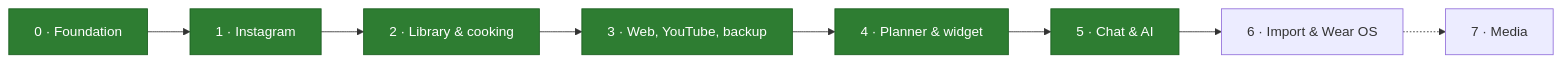
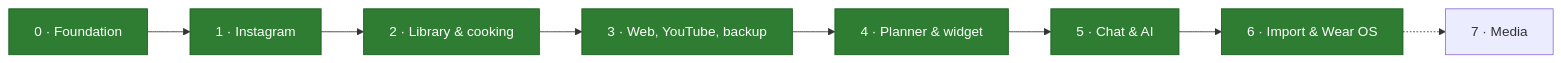
One commit to inthevortex/recipe-catcher changed the fifth of 5 diagrams in README.md. Above: the diagram before and after it, drawn with Mermaid. The commit also changed other lines of this file, not shown here.

Commit message:
docs: update README for bulk import, top comments, and Wear OS companion

````diff
--- a/README.md
+++ b/README.md
@@ -474,6 +518,6 @@
 ```mermaid
 flowchart LR
-  W0["0 · Foundation"]:::done --> W1["1 · Instagram"]:::done --> W2["2 · Library & cooking"]:::done --> W3["3 · Web, YouTube, backup"]:::done --> W4["4 · Planner & widget"]:::done --> W5["5 · Chat & AI"]:::done --> W6["6 · Import & Wear OS"] -.-> W7["7 · Media"]
+  W0["0 · Foundation"]:::done --> W1["1 · Instagram"]:::done --> W2["2 · Library & cooking"]:::done --> W3["3 · Web, YouTube, backup"]:::done --> W4["4 · Planner & widget"]:::done --> W5["5 · Chat & AI"]:::done --> W6["6 · Import & Wear OS"]:::done -.-> W7["7 · Media"]
   classDef done fill:#2e7d32,color:#fff,stroke:#1b5e20
   classDef wip fill:#f9a825,color:#000,stroke:#f57f17
 ```
````
